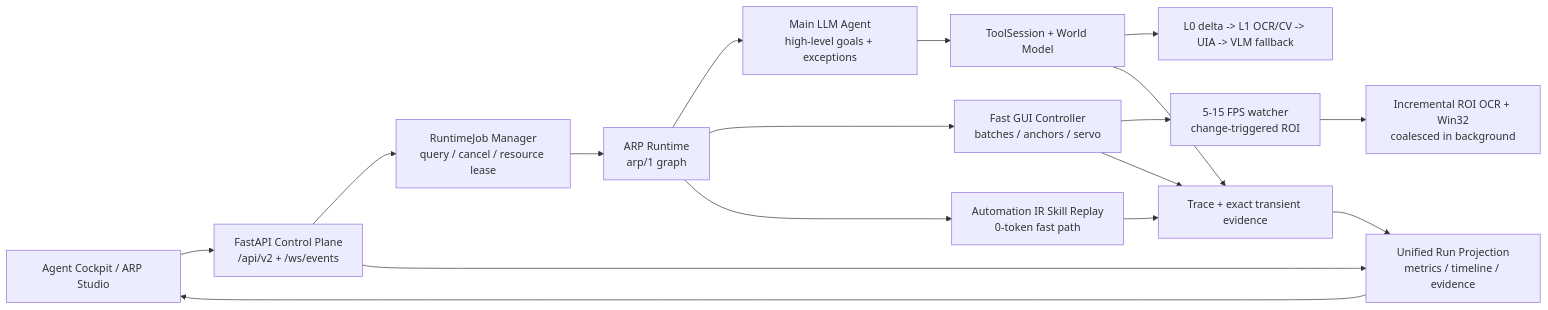
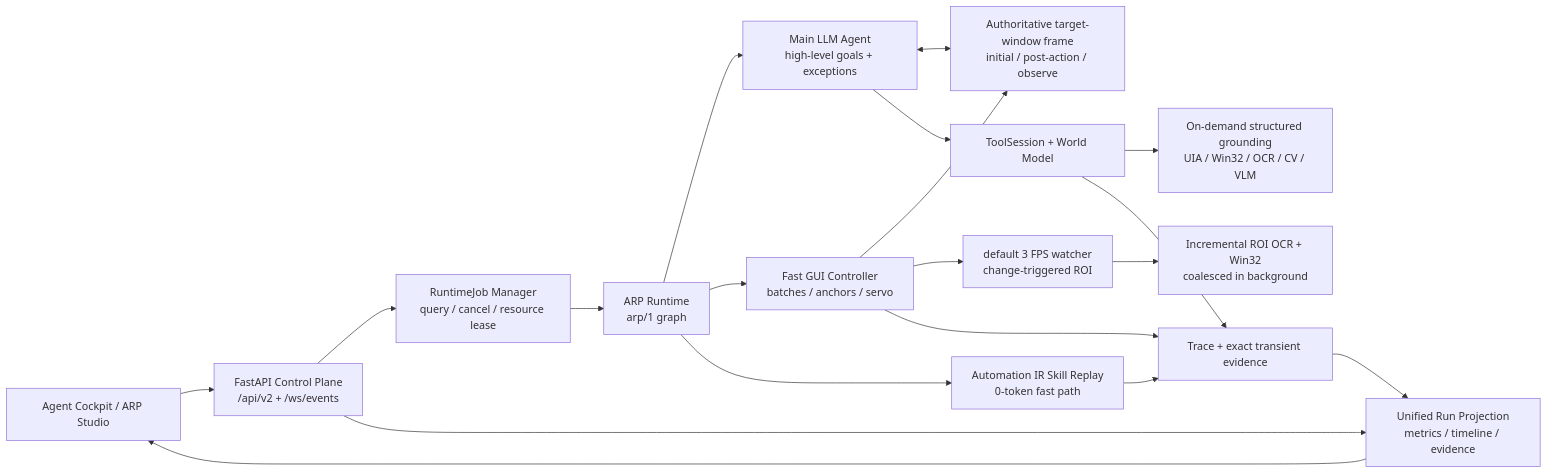
One commit to zoujiapeng/lingdong-script changed the first of 2 diagrams in docs/architecture.md. Above: the diagram before and after it, drawn with Mermaid. The commit also changed other lines of this file and 50 other files, not shown here.

````diff
--- a/docs/architecture.md
+++ b/docs/architecture.md
@@ -7,19 +7,21 @@
 ```mermaid
 flowchart LR
   User["Agent Cockpit / ARP Studio"] --> Control["FastAPI Control Plane\n/api/v2 + /ws/events"]
   Control --> Jobs["RuntimeJob Manager\nquery / cancel / resource lease"]
   Jobs --> ARP["ARP Runtime\narp/1 graph"]
   Control --> Projection["Unified Run Projection\nmetrics / timeline / evidence"]
   ARP --> Runner["Main LLM Agent\nhigh-level goals + exceptions"]
   ARP --> Controller["Fast GUI Controller\nbatches / anchors / servo"]
   ARP --> Skills["Automation IR Skill Replay\n0-token fast path"]
+  Runner <--> Frame["Authoritative target-window frame\ninitial / post-action / observe"]
   Runner --> Tools["ToolSession + World Model"]
-  Tools --> Perception["L0 delta -> L1 OCR/CV -> UIA -> VLM fallback"]
-  Controller --> Watcher["5-15 FPS watcher\nchange-triggered ROI"]
+  Tools --> Perception["On-demand structured grounding\nUIA / Win32 / OCR / CV / VLM"]
+  Controller --> Frame
+  Controller --> Watcher["default 3 FPS watcher\nchange-triggered ROI"]
   Watcher --> Prefetch["Incremental ROI OCR + Win32\ncoalesced in background"]
   Tools --> Trace["Trace + exact transient evidence"]
   Controller --> Trace
   Skills --> Trace
   Trace --> Projection
   Projection --> User
 ```
````
